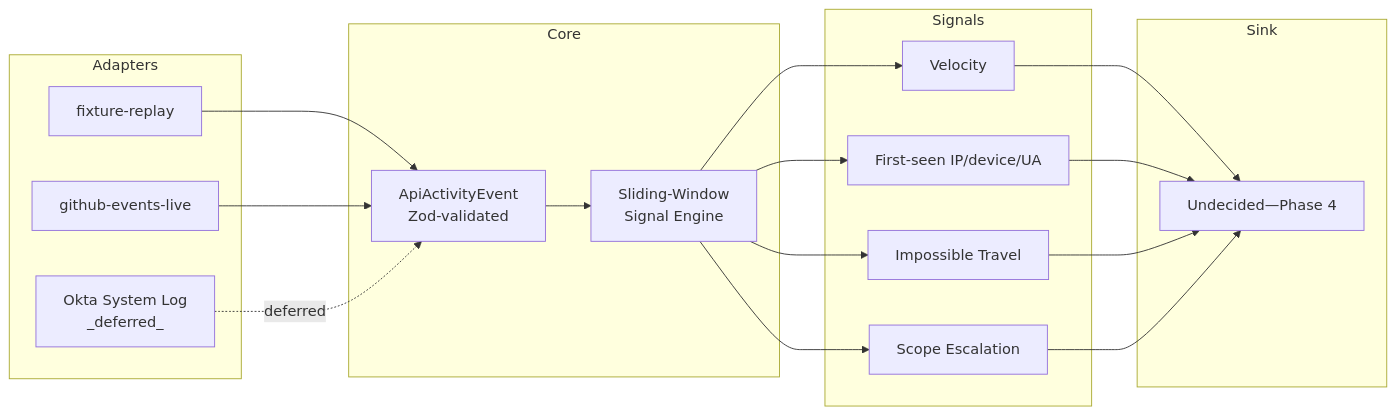
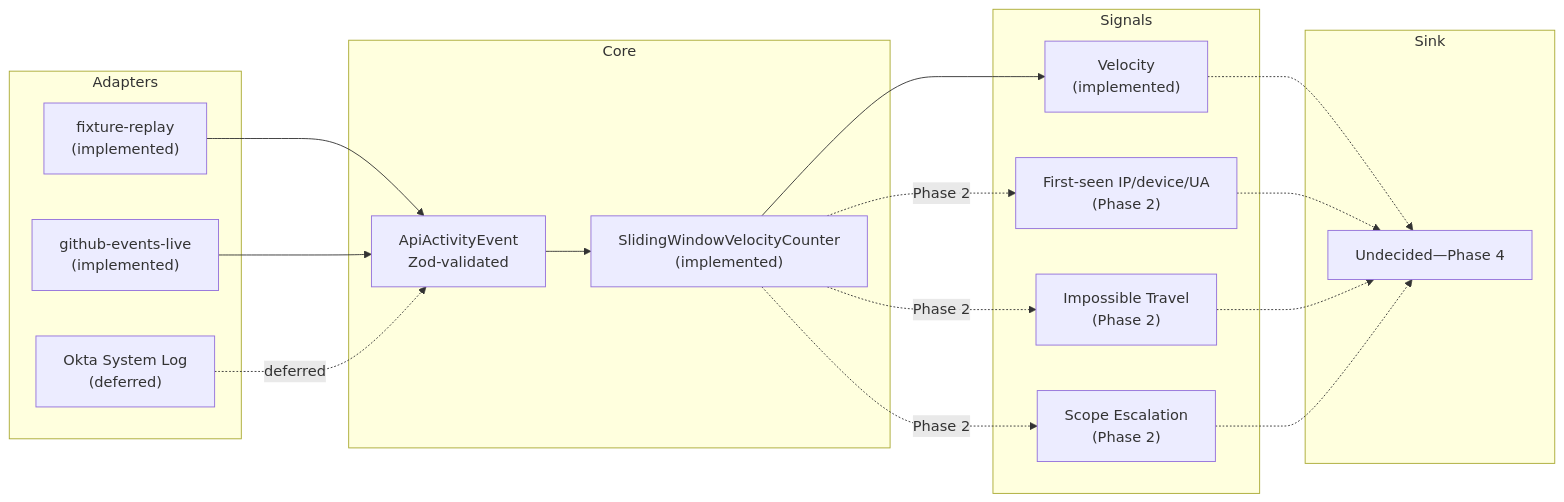
The diagram in README.md (obrienma/Xylem-L6), drawn with Mermaid before and after one commit. The commit also changed other lines of this file and 13 other files, not shown here.

````diff
--- a/README.md
+++ b/README.md
@@ -74,34 +78,34 @@
 ```mermaid
 flowchart LR
     subgraph Adapters
-        F[fixture-replay]
-        G[github-events-live]
-        O[Okta System Log\n_deferred_]
+        F["fixture-replay\n(implemented)"]
+        G["github-events-live\n(implemented)"]
+        O["Okta System Log\n(deferred)"]
     end
     subgraph Core
         E[ApiActivityEvent\nZod-validated]
-        W[Sliding-Window\nSignal Engine]
+        W["SlidingWindowVelocityCounter\n(implemented)"]
     end
     subgraph Signals
-        V[Velocity]
-        FS[First-seen IP/device/UA]
-        IT[Impossible Travel]
-        SE[Scope Escalation]
+        V["Velocity\n(implemented)"]
+        FS["First-seen IP/device/UA\n(Phase 2)"]
+        IT["Impossible Travel\n(Phase 2)"]
+        SE["Scope Escalation\n(Phase 2)"]
     end
     subgraph Sink
         S[Undecided—Phase 4]
     end
 
     F --> E
     G --> E
     O -.->|deferred| E
     E --> W
     W --> V
-    W --> FS
-    W --> IT
-    W --> SE
-    V --> S
-    FS --> S
-    IT --> S
-    SE --> S
+    W -.->|Phase 2| FS
+    W -.->|Phase 2| IT
+    W -.->|Phase 2| SE
+    V -.-> S
+    FS -.-> S
+    IT -.-> S
+    SE -.-> S
 ```
````
